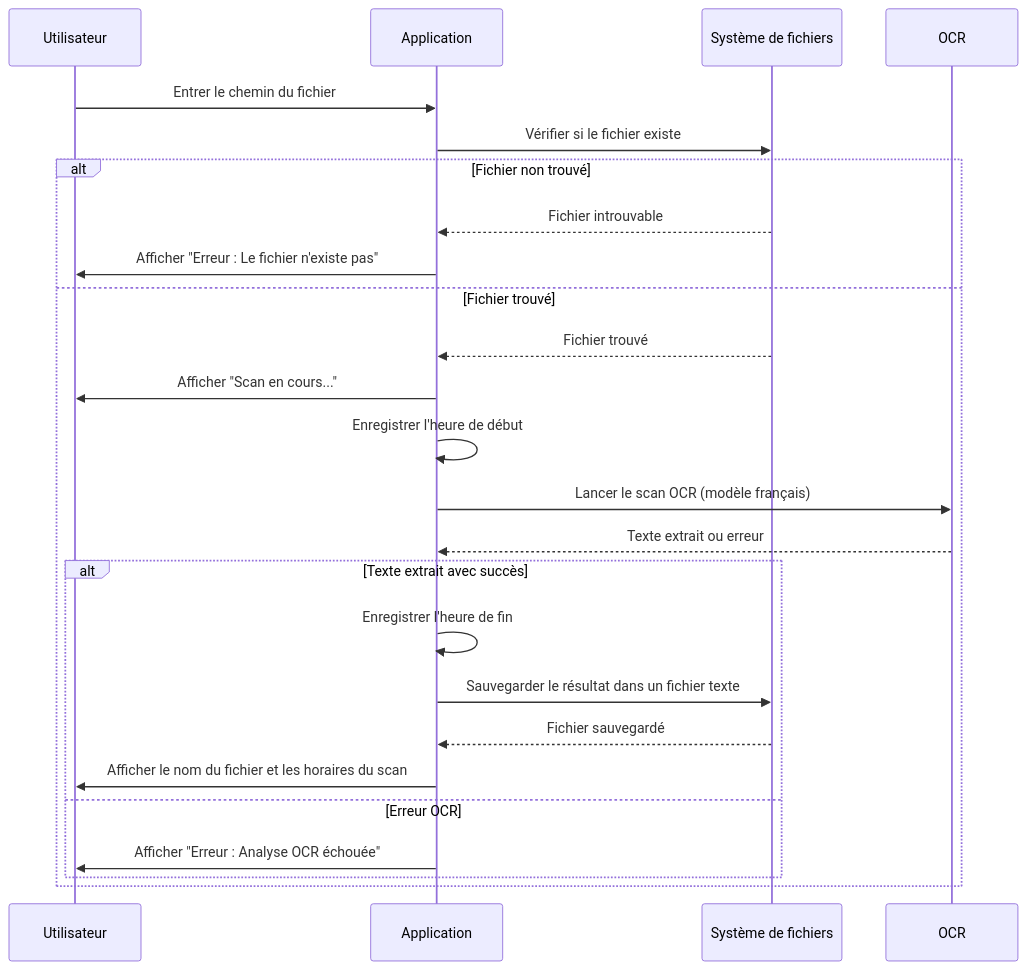
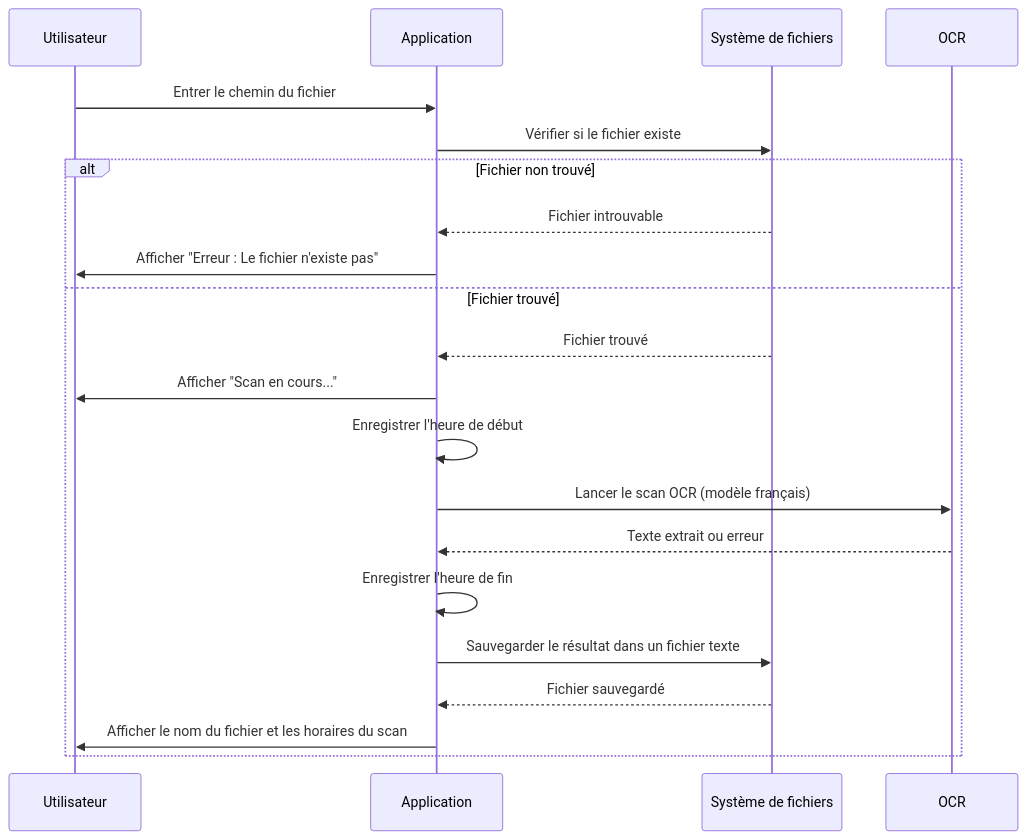
One commit to lechjo01/4prj1d changed the first of 2 diagrams in docs/TD 01 - Proof of concept/ex03-analyse.md. Above: the diagram before and after it, drawn with Mermaid. The commit also changed other lines of this file, not shown here.

Commit message:
TD 01 - cas image vide

````diff
--- a/docs/TD 01 - Proof of concept/ex03-analyse.md
+++ b/docs/TD 01 - Proof of concept/ex03-analyse.md
@@ -40,29 +40,24 @@
 ```mermaid
 sequenceDiagram
     participant Utilisateur
     participant Application
     participant Système de fichiers
     participant OCR
 
     Utilisateur->>Application: Entrer le chemin du fichier
     Application->>Système de fichiers: Vérifier si le fichier existe
     alt Fichier non trouvé
         Système de fichiers-->>Application: Fichier introuvable
         Application->>Utilisateur: Afficher "Erreur : Le fichier n'existe pas"
     else Fichier trouvé
         Système de fichiers-->>Application: Fichier trouvé
         Application->>Utilisateur: Afficher "Scan en cours..."
         Application->>Application: Enregistrer l'heure de début
         Application->>OCR: Lancer le scan OCR (modèle français)
         OCR-->>Application: Texte extrait ou erreur
-        alt Texte extrait avec succès
-            Application->>Application: Enregistrer l'heure de fin
-            Application->>Système de fichiers: Sauvegarder le résultat dans un fichier texte
-            Système de fichiers-->>Application: Fichier sauvegardé
-            Application->>Utilisateur: Afficher le nom du fichier et les horaires du scan
-        else Erreur OCR
-            Application->>Utilisateur: Afficher "Erreur : Analyse OCR échouée"
-        end
+        Application->>Application: Enregistrer l'heure de fin
+        Application->>Système de fichiers: Sauvegarder le résultat dans un fichier texte
+        Système de fichiers-->>Application: Fichier sauvegardé
+        Application->>Utilisateur: Afficher le nom du fichier et les horaires du scan
     end
-
 ```
````
